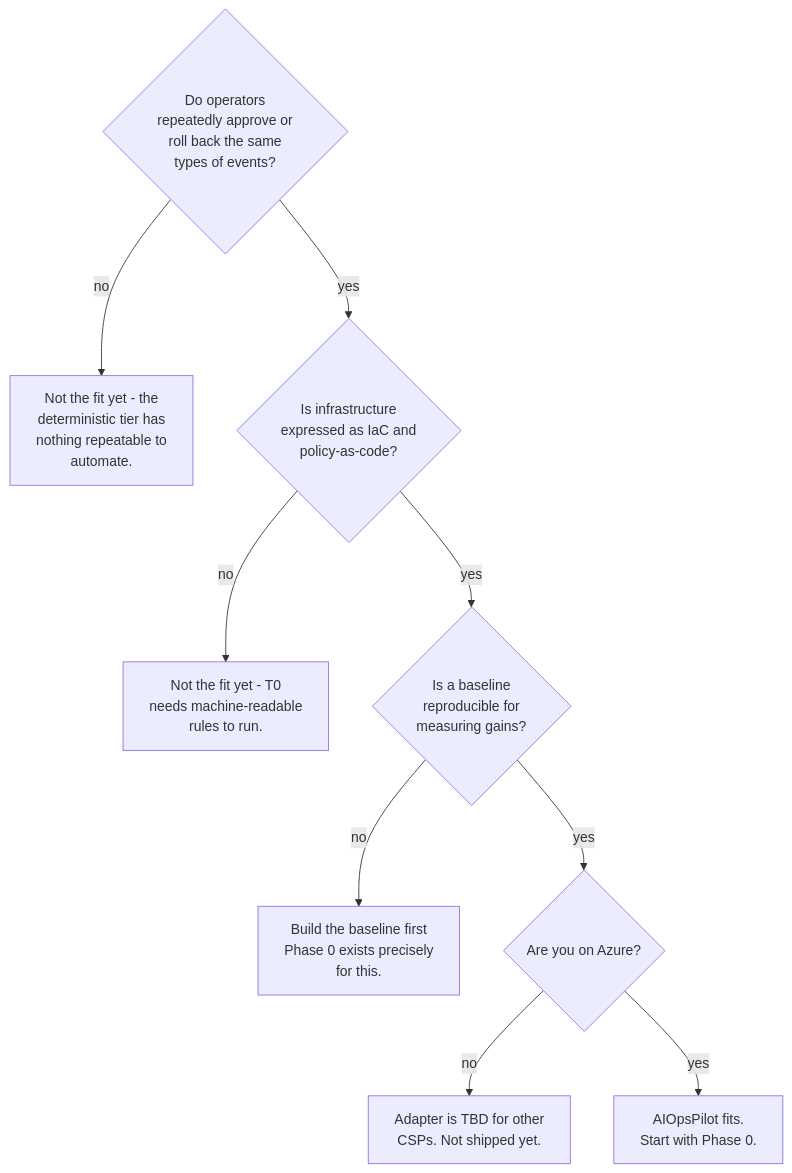
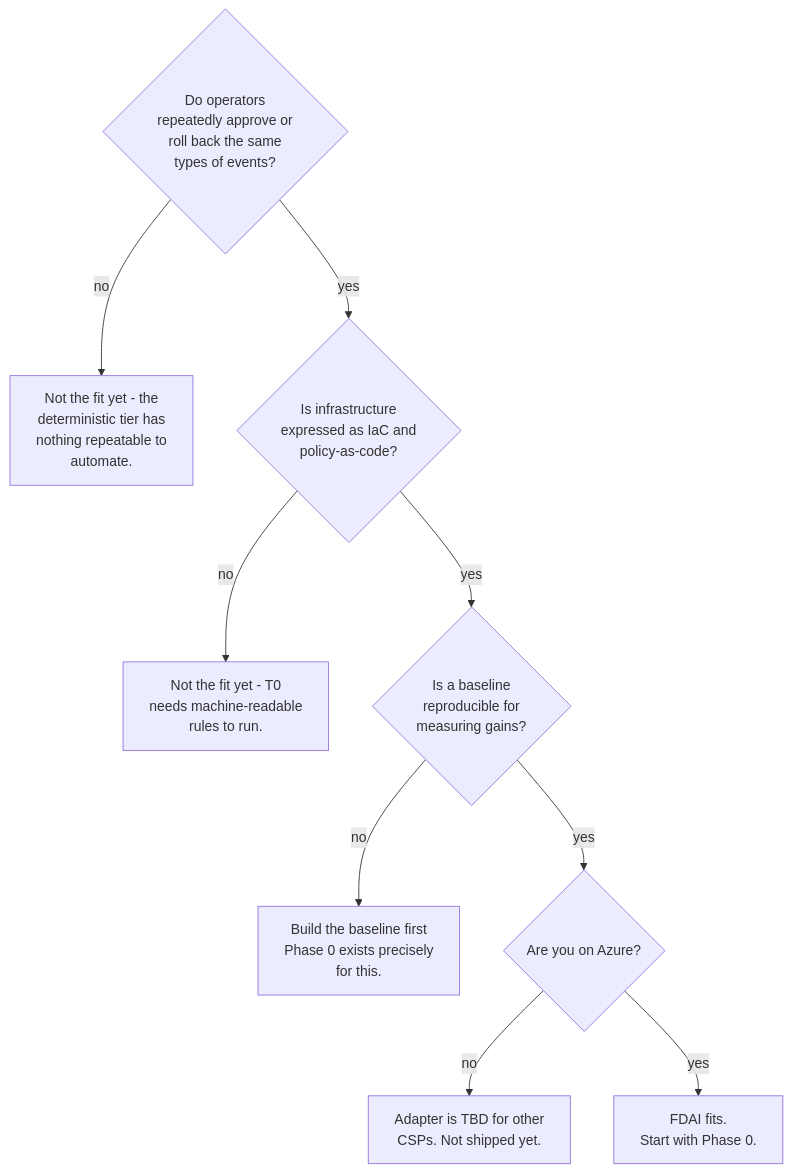
Before and after one commit to dotnetpower/azurewatcher: the diagram in docs/user-guide/get-started.md, drawn with Mermaid. The commit also changed other lines of this file and 931 other files, not shown here.

````diff
--- a/docs/user-guide/get-started.md
+++ b/docs/user-guide/get-started.md
@@ -82,12 +82,12 @@
 ```mermaid
 flowchart TB
   Q1{Do operators<br/>repeatedly approve or<br/>roll back the same<br/>types of events?}
   Q1 -->|no| N1[Not the fit yet - the<br/>deterministic tier has<br/>nothing repeatable to<br/>automate.]
   Q1 -->|yes| Q2{Is infrastructure<br/>expressed as IaC and<br/>policy-as-code?}
   Q2 -->|no| N2[Not the fit yet - T0<br/>needs machine-readable<br/>rules to run.]
   Q2 -->|yes| Q3{Is a baseline<br/>reproducible for<br/>measuring gains?}
   Q3 -->|no| N3[Build the baseline first<br/>Phase 0 exists precisely<br/>for this.]
   Q3 -->|yes| Q4{Are you on Azure?}
   Q4 -->|no| N4[Adapter is TBD for other<br/>CSPs. Not shipped yet.]
-  Q4 -->|yes| OK[AIOpsPilot fits.<br/>Start with Phase 0.]
+  Q4 -->|yes| OK[FDAI fits.<br/>Start with Phase 0.]
 ```
````
